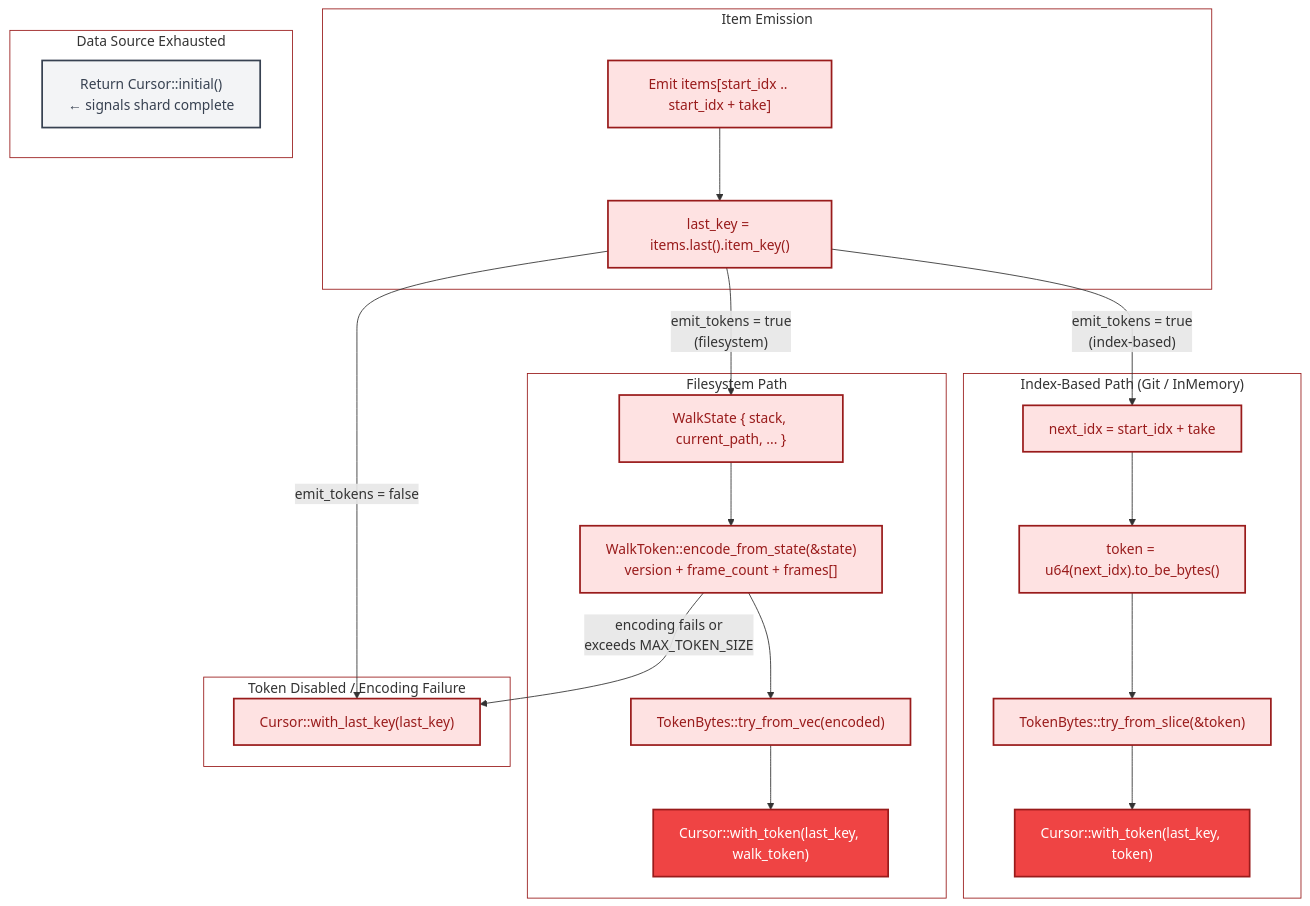
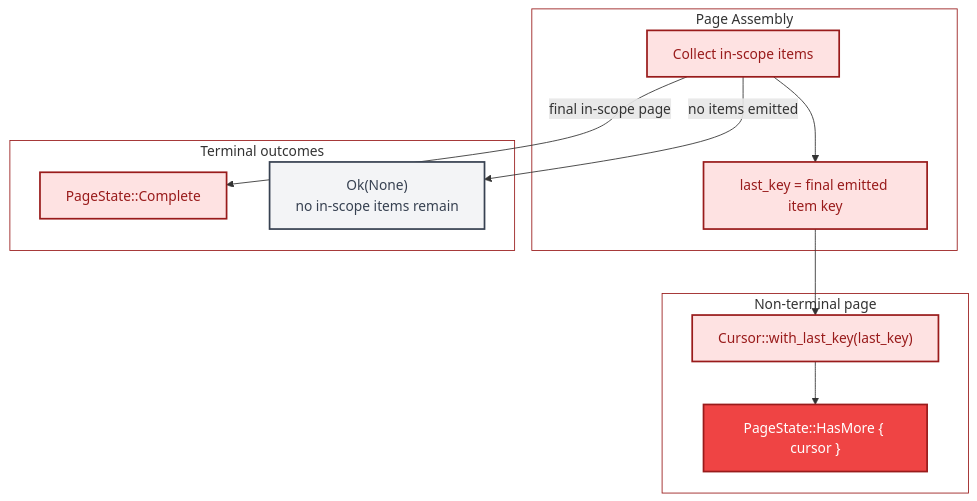
The third of 3 diagrams in diagrams/16-cursor-resume-strategy.md (ahrav/Gossip-rs), drawn with Mermaid before and after one commit. The commit also changed other lines of this file and 10 other files, not shown here.

````diff
--- a/diagrams/16-cursor-resume-strategy.md
+++ b/diagrams/16-cursor-resume-strategy.md
@@ -309,58 +155,34 @@
 ```mermaid
-%% Diagram: cursor-construction
+%% Diagram: cursor-construction-and-terminal-signaling
 graph TD
-    subgraph page_emission["Item Emission"]
-        ITEMS["Emit items[start_idx .. start_idx + take]"]
-        LAST["last_key = items.last().item_key()"]
+    subgraph page_fill["Page Assembly"]
+        ITEMS["Collect in-scope items"]
+        LAST["last_key = final emitted item key"]
     end
 
-    subgraph index_path["Index-Based Path (Git / InMemory)"]
-        NEXT_IDX["next_idx = start_idx + take"]
-        ENCODE["token = u64(next_idx).to_be_bytes()"]
-        TOKEN_BYTES["TokenBytes::try_from_slice(&token)"]
-        BUILD["Cursor::with_token(last_key, token)"]
+    subgraph non_terminal["Non-terminal page"]
+        KEY_ONLY["Cursor::with_last_key(last_key)"]
+        HAS_MORE["PageState::HasMore { cursor }"]
     end
 
-    subgraph fs_path["Filesystem Path"]
-        WALK_STATE["WalkState { stack, current_path, ... }"]
-        WALK_ENCODE["WalkToken::encode_from_state(&state)<br/>version + frame_count + frames[]"]
-        WALK_TOKEN["TokenBytes::try_from_vec(encoded)"]
-        FS_BUILD["Cursor::with_token(last_key, walk_token)"]
-    end
-
-    subgraph no_token_path["Token Disabled / Encoding Failure"]
-        KEY_ONLY["Cursor::with_last_key(last_key)"]
-    end
-
-    subgraph exhausted["Data Source Exhausted"]
-        DONE["Return Cursor::initial()<br/>← signals shard complete"]
+    subgraph terminal["Terminal outcomes"]
+        COMPLETE["PageState::Complete"]
+        NONE["Ok(None)<br/>no in-scope items remain"]
     end
 
     ITEMS --> LAST
-    LAST -->|"emit_tokens = true<br/>(index-based)"| NEXT_IDX
-    LAST -->|"emit_tokens = true<br/>(filesystem)"| WALK_STATE
-    LAST -->|"emit_tokens = false"| KEY_ONLY
+    LAST --> KEY_ONLY --> HAS_MORE
+    ITEMS -->|"final in-scope page"| COMPLETE
+    ITEMS -->|"no items emitted"| NONE
 
-    NEXT_IDX --> ENCODE --> TOKEN_BYTES --> BUILD
-    WALK_STATE --> WALK_ENCODE --> WALK_TOKEN --> FS_BUILD
-    WALK_ENCODE -->|"encoding fails or<br/>exceeds MAX_TOKEN_SIZE"| KEY_ONLY
-
-    style page_emission fill:none,stroke:#991B1B,stroke-width:1px
-    style index_path fill:none,stroke:#991B1B,stroke-width:1px
-    style fs_path fill:none,stroke:#991B1B,stroke-width:1px
-    style no_token_path fill:none,stroke:#991B1B,stroke-width:1px
-    style exhausted fill:none,stroke:#991B1B,stroke-width:1px
+    style page_fill fill:none,stroke:#991B1B,stroke-width:1px
+    style non_terminal fill:none,stroke:#991B1B,stroke-width:1px
+    style terminal fill:none,stroke:#991B1B,stroke-width:1px
 
     style ITEMS fill:#FEE2E2,stroke:#991B1B,stroke-width:2px,color:#991B1B
     style LAST fill:#FEE2E2,stroke:#991B1B,stroke-width:2px,color:#991B1B
-    style NEXT_IDX fill:#FEE2E2,stroke:#991B1B,stroke-width:2px,color:#991B1B
-    style ENCODE fill:#FEE2E2,stroke:#991B1B,stroke-width:2px,color:#991B1B
-    style TOKEN_BYTES fill:#FEE2E2,stroke:#991B1B,stroke-width:2px,color:#991B1B
-    style BUILD fill:#EF4444,stroke:#991B1B,stroke-width:2px,color:#FFFFFF
-    style WALK_STATE fill:#FEE2E2,stroke:#991B1B,stroke-width:2px,color:#991B1B
-    style WALK_ENCODE fill:#FEE2E2,stroke:#991B1B,stroke-width:2px,color:#991B1B
-    style WALK_TOKEN fill:#FEE2E2,stroke:#991B1B,stroke-width:2px,color:#991B1B
-    style FS_BUILD fill:#EF4444,stroke:#991B1B,stroke-width:2px,color:#FFFFFF
     style KEY_ONLY fill:#FEE2E2,stroke:#991B1B,stroke-width:2px,color:#991B1B
-    style DONE fill:#F3F4F6,stroke:#374151,stroke-width:2px,color:#374151
+    style HAS_MORE fill:#EF4444,stroke:#991B1B,stroke-width:2px,color:#FFFFFF
+    style COMPLETE fill:#FEE2E2,stroke:#991B1B,stroke-width:2px,color:#991B1B
+    style NONE fill:#F3F4F6,stroke:#374151,stroke-width:2px,color:#374151
 ```
````
